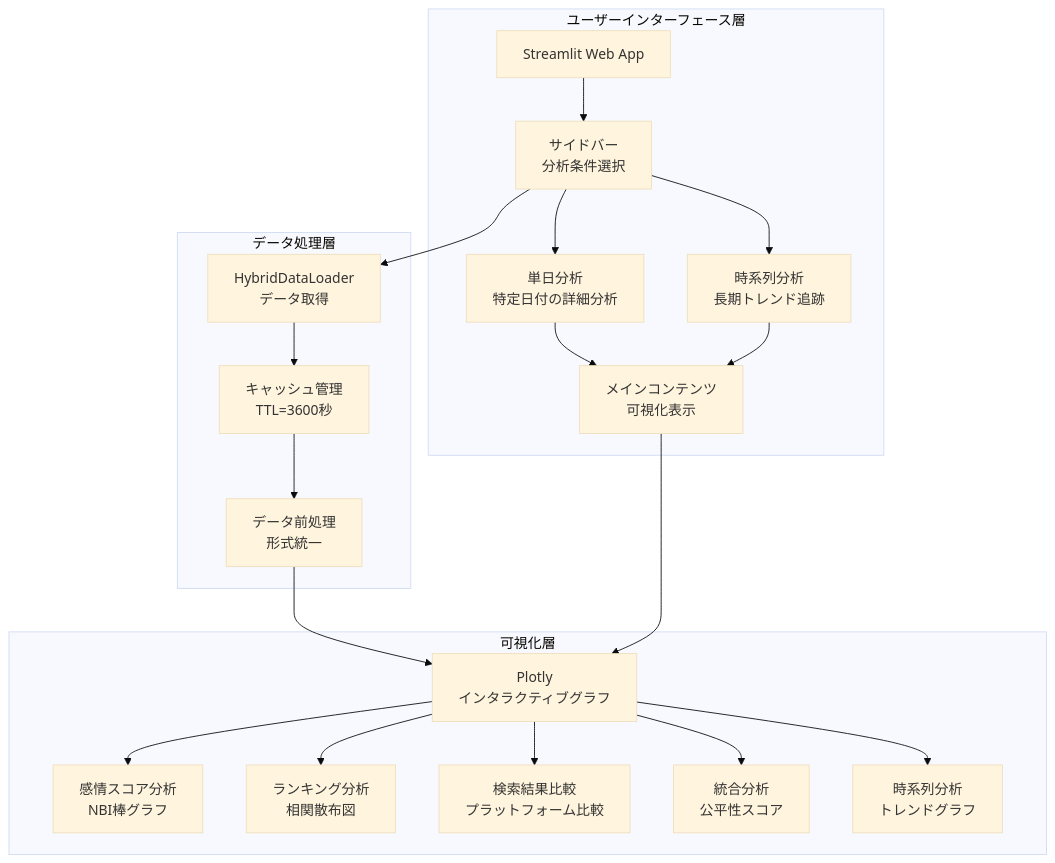
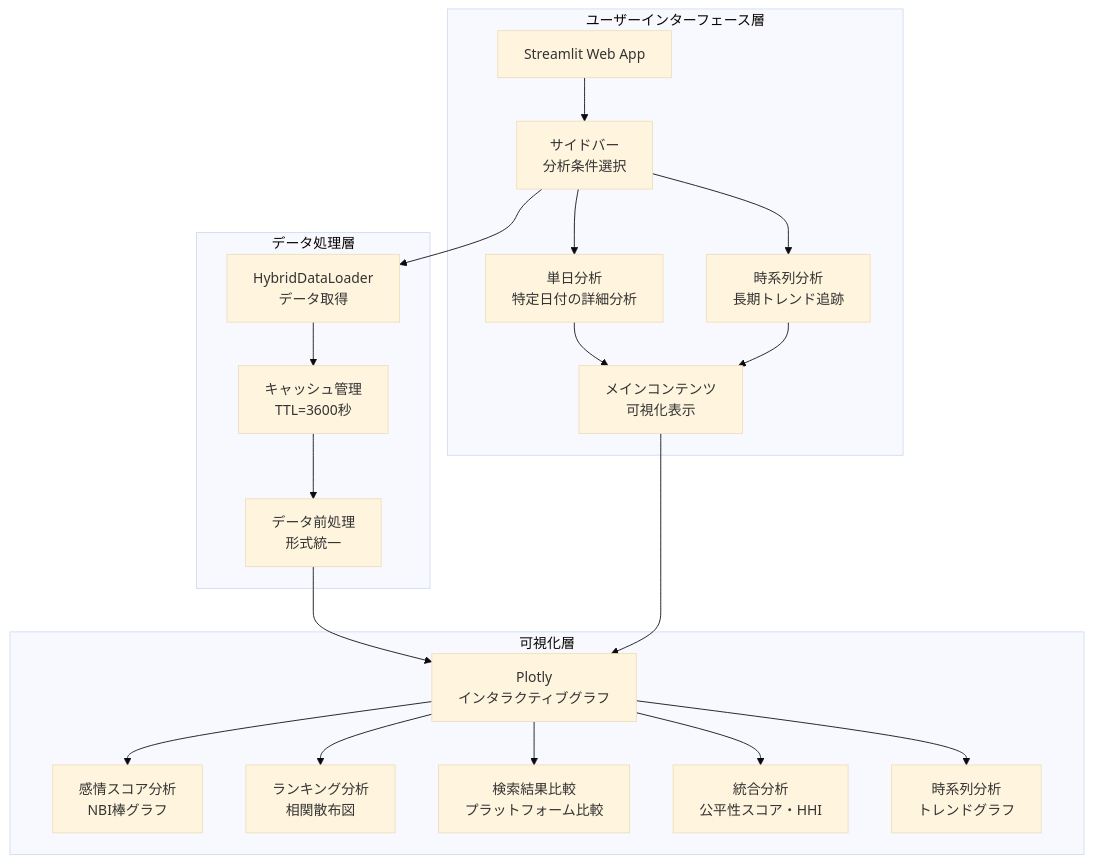
The fourth of 5 diagrams in docs/cyber_university/システムアーキテクチャ図.md (Naoya-Yasuda/corporate_bias_study), drawn with Mermaid (base theme) before and after one commit. The commit also changed other lines of this file and 1 other file, not shown here.

Commit message:
システム全体構成図とダッシュボードシステム構成図を更新し、公平性スコアに関する表現を明確化しました。また、HHIの定義を数式形式に修正し、解釈基準を整理しました。これにより、分析の理解が深まります。

````diff
--- a/docs/cyber_university/システムアーキテクチャ図.md
+++ b/docs/cyber_university/システムアーキテクチャ図.md
@@ -135,29 +141,29 @@
 ```mermaid
 graph TB
     subgraph "ユーザーインターフェース層"
         A[Streamlit Web App] --> B[サイドバー<br/>分析条件選択]
         C[メインコンテンツ<br/>可視化表示]
 
         B --> N[単日分析<br/>特定日付の詳細分析]
         B --> O[時系列分析<br/>長期トレンド追跡]
     end
 
     subgraph "データ処理層"
         E[HybridDataLoader<br/>データ取得] --> F[キャッシュ管理<br/>TTL=3600秒]
         F --> G[データ前処理<br/>形式統一]
     end
 
     subgraph "可視化層"
         H[Plotly<br/>インタラクティブグラフ] --> I[感情スコア分析<br/>NBI棒グラフ]
         H --> J[ランキング分析<br/>相関散布図]
         H --> K[検索結果比較<br/>プラットフォーム比較]
-        H --> L[統合分析<br/>公平性スコア]
+        H --> L[統合分析<br/>公平性スコア・HHI]
         H --> M[時系列分析<br/>トレンドグラフ]
     end
 
     G --> H
     B --> E
     C --> H
     N --> C
     O --> C
 ```
````
